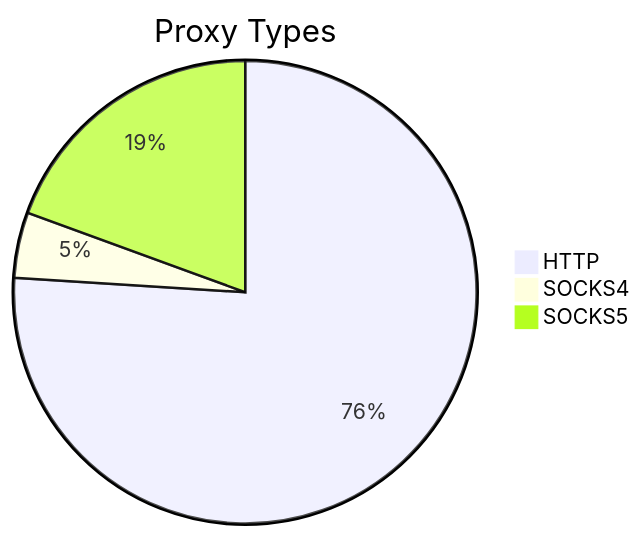
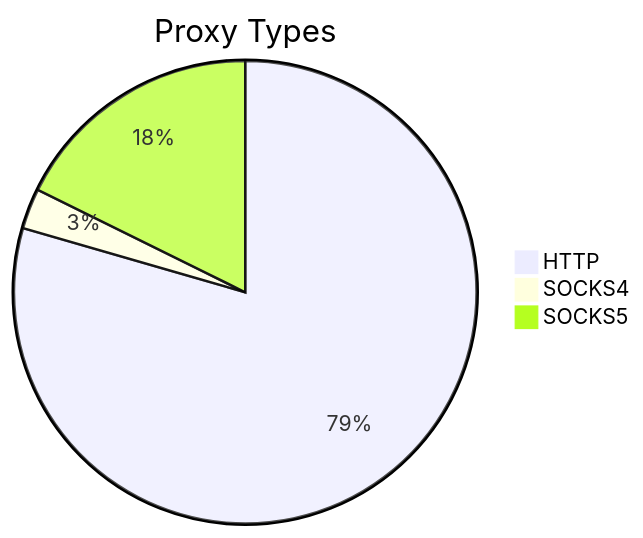
One commit to stormsia/proxy-list changed the first of 2 diagrams in README.md. Above: the diagram before and after it, drawn with Mermaid. The commit also changed other lines of this file, not shown here.

````diff
--- a/README.md
+++ b/README.md
@@ -21,6 +21,6 @@
 ```mermaid
 pie title Proxy Types
-    "HTTP" : 266
-    "SOCKS4" : 16
-    "SOCKS5" : 68
+    "HTTP" : 422
+    "SOCKS4" : 15
+    "SOCKS5" : 94
 ```
````
